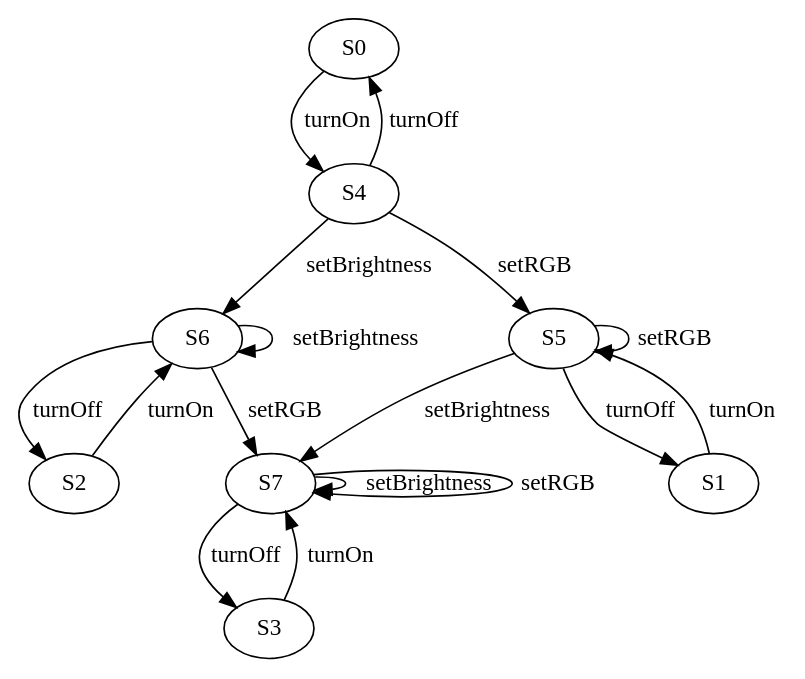
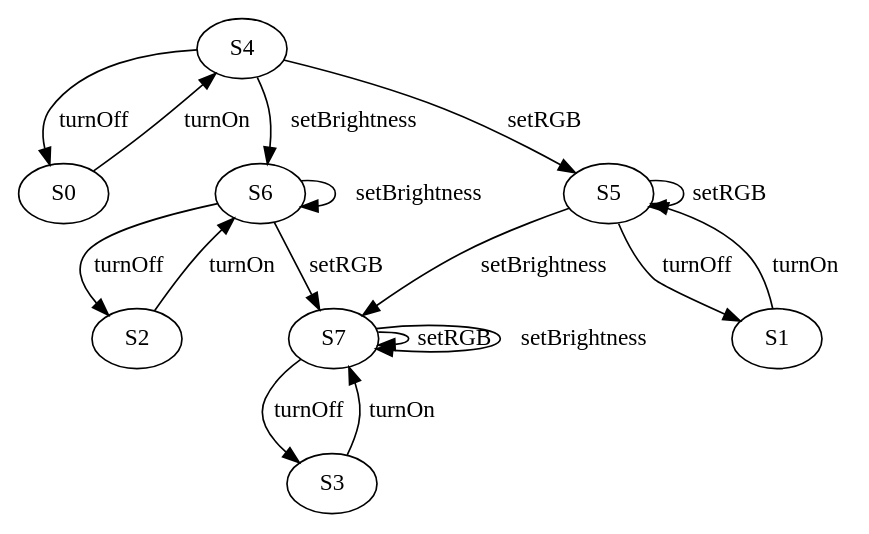
The diagram in src/main/java/System_q/yeelight_output.dot (tao2years/aalIoT), drawn with Graphviz before and after one commit. The commit also changed other lines of this file and 14 other files, not shown here.

```diff
--- a/src/main/java/System_q/yeelight_output.dot
+++ b/src/main/java/System_q/yeelight_output.dot
@@ -1,20 +1,20 @@
 digraph g {
 
+	S6 -> S6 [label="setBrightness"];
+	S6 -> S7 [label="setRGB"];
 	S0 -> S4 [label="turnOn"];
+	S7 -> S7 [label="setRGB"];
+	S4 -> S6 [label="setBrightness"];
+	S2 -> S6 [label="turnOn"];
+	S3 -> S7 [label="turnOn"];
 	S7 -> S7 [label="setBrightness"];
-	S2 -> S6 [label="turnOn"];
-	S5 -> S5 [label="setRGB"];
-	S6 -> S6 [label="setBrightness"];
+	S1 -> S5 [label="turnOn"];
 	S5 -> S1 [label="turnOff"];
-	S3 -> S7 [label="turnOn"];
-	S5 -> S7 [label="setBrightness"];
-	S6 -> S7 [label="setRGB"];
 	S4 -> S5 [label="setRGB"];
 	S6 -> S2 [label="turnOff"];
 	S7 -> S3 [label="turnOff"];
-	S7 -> S7 [label="setRGB"];
-	S4 -> S6 [label="setBrightness"];
-	S1 -> S5 [label="turnOn"];
+	S5 -> S5 [label="setRGB"];
 	S4 -> S0 [label="turnOff"];
+	S5 -> S7 [label="setBrightness"];
 
 }
```
